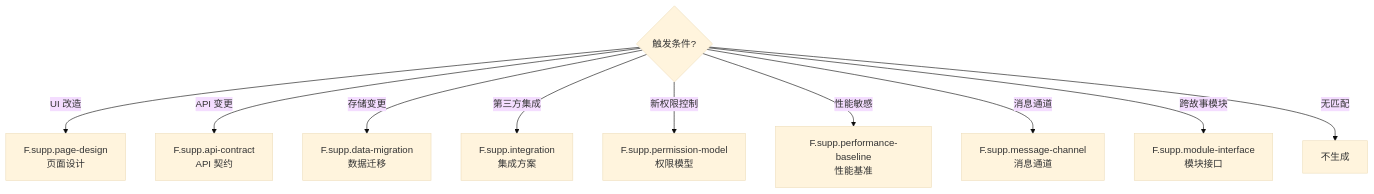
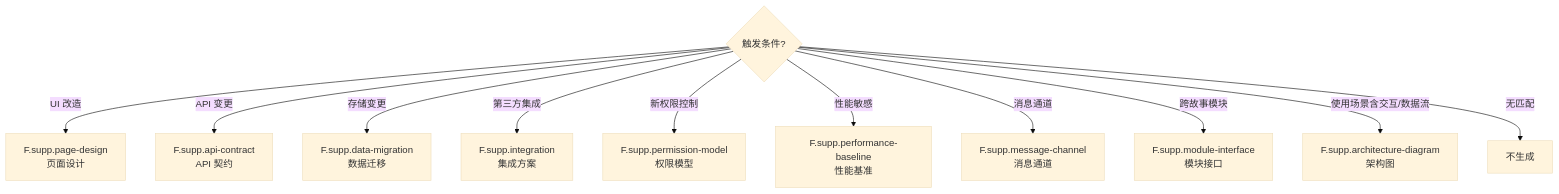
Before and after one commit to effiy/YrY: the seventh of 7 diagrams in skills/rui/formulas.md, drawn with Mermaid (base theme). The commit also changed other lines of this file and 37 other files, not shown here.

````diff
--- a/skills/rui/formulas.md
+++ b/skills/rui/formulas.md
@@ -502,15 +336,16 @@
 ```mermaid
 flowchart TD
     DEC{触发条件?} -->|UI 改造| S_PAGE["F.supp.page-design<br/>页面设计"]
     DEC -->|API 变更| S_API["F.supp.api-contract<br/>API 契约"]
     DEC -->|存储变更| S_DATA["F.supp.data-migration<br/>数据迁移"]
     DEC -->|第三方集成| S_INT["F.supp.integration<br/>集成方案"]
     DEC -->|新权限控制| S_PERM["F.supp.permission-model<br/>权限模型"]
     DEC -->|性能敏感| S_PERF["F.supp.performance-baseline<br/>性能基准"]
     DEC -->|消息通道| S_MSG["F.supp.message-channel<br/>消息通道"]
     DEC -->|跨故事模块| S_MOD["F.supp.module-interface<br/>模块接口"]
+    DEC -->|使用场景含交互/数据流| S_ARCH["F.supp.architecture-diagram<br/>架构图"]
     DEC -->|无匹配| SKIP["不生成"]
 
-    class S_PAGE,S_API,S_DATA,S_INT,S_PERM,S_PERF,S_MSG,S_MOD supp;
+    class S_PAGE,S_API,S_DATA,S_INT,S_PERM,S_PERF,S_MSG,S_MOD,S_ARCH supp;
     class DEC,SKIP nodec;
 ```
````
